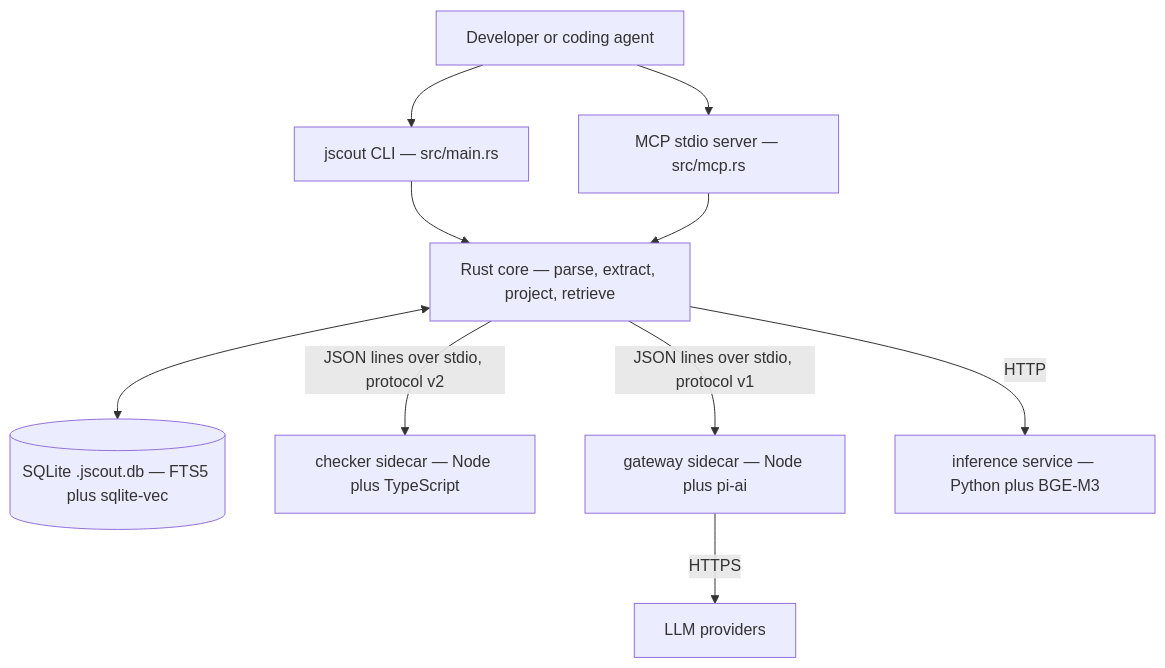
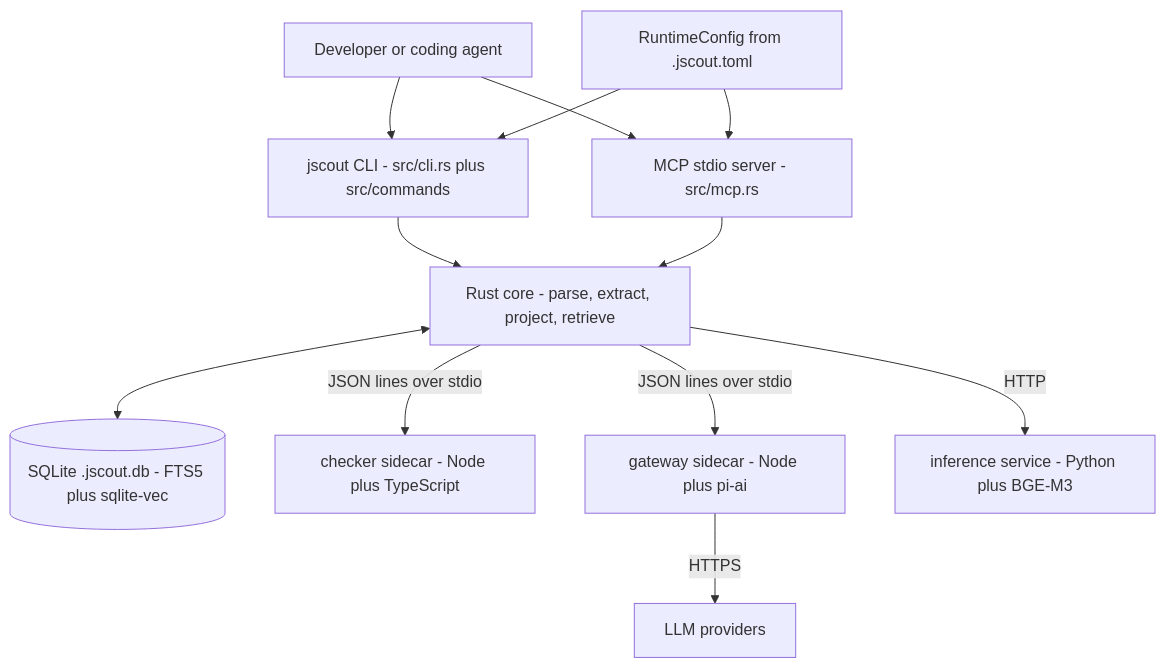
Before and after one commit to iantocristian/jscout: the first of 3 diagrams in docs/codebase-analysis/01-system-overview.md, drawn with Mermaid. The commit also changed other lines of this file and 28 other files, not shown here.

````diff
--- a/docs/codebase-analysis/01-system-overview.md
+++ b/docs/codebase-analysis/01-system-overview.md
@@ -21,22 +22,25 @@
 ```mermaid
 flowchart TD
     USER["Developer or coding agent"]
-    CLI["jscout CLI — src/main.rs"]
-    MCP["MCP stdio server — src/mcp.rs"]
-    CORE["Rust core — parse, extract, project, retrieve"]
-    DB[("SQLite .jscout.db — FTS5 plus sqlite-vec")]
-    CHK["checker sidecar — Node plus TypeScript"]
-    GW["gateway sidecar — Node plus pi-ai"]
-    INF["inference service — Python plus BGE-M3"]
+    CLI["jscout CLI - src/cli.rs plus src/commands"]
+    MCP["MCP stdio server - src/mcp.rs"]
+    CFG["RuntimeConfig from .jscout.toml"]
+    CORE["Rust core - parse, extract, project, retrieve"]
+    DB[("SQLite .jscout.db - FTS5 plus sqlite-vec")]
+    CHK["checker sidecar - Node plus TypeScript"]
+    GW["gateway sidecar - Node plus pi-ai"]
+    INF["inference service - Python plus BGE-M3"]
     LLM["LLM providers"]
 
     USER --> CLI
     USER --> MCP
+    CFG --> CLI
+    CFG --> MCP
     CLI --> CORE
     MCP --> CORE
     CORE <--> DB
-    CORE -->|"JSON lines over stdio, protocol v2"| CHK
-    CORE -->|"JSON lines over stdio, protocol v1"| GW
+    CORE -->|"JSON lines over stdio"| CHK
+    CORE -->|"JSON lines over stdio"| GW
     CORE -->|"HTTP"| INF
     GW -->|"HTTPS"| LLM
 ```
````
